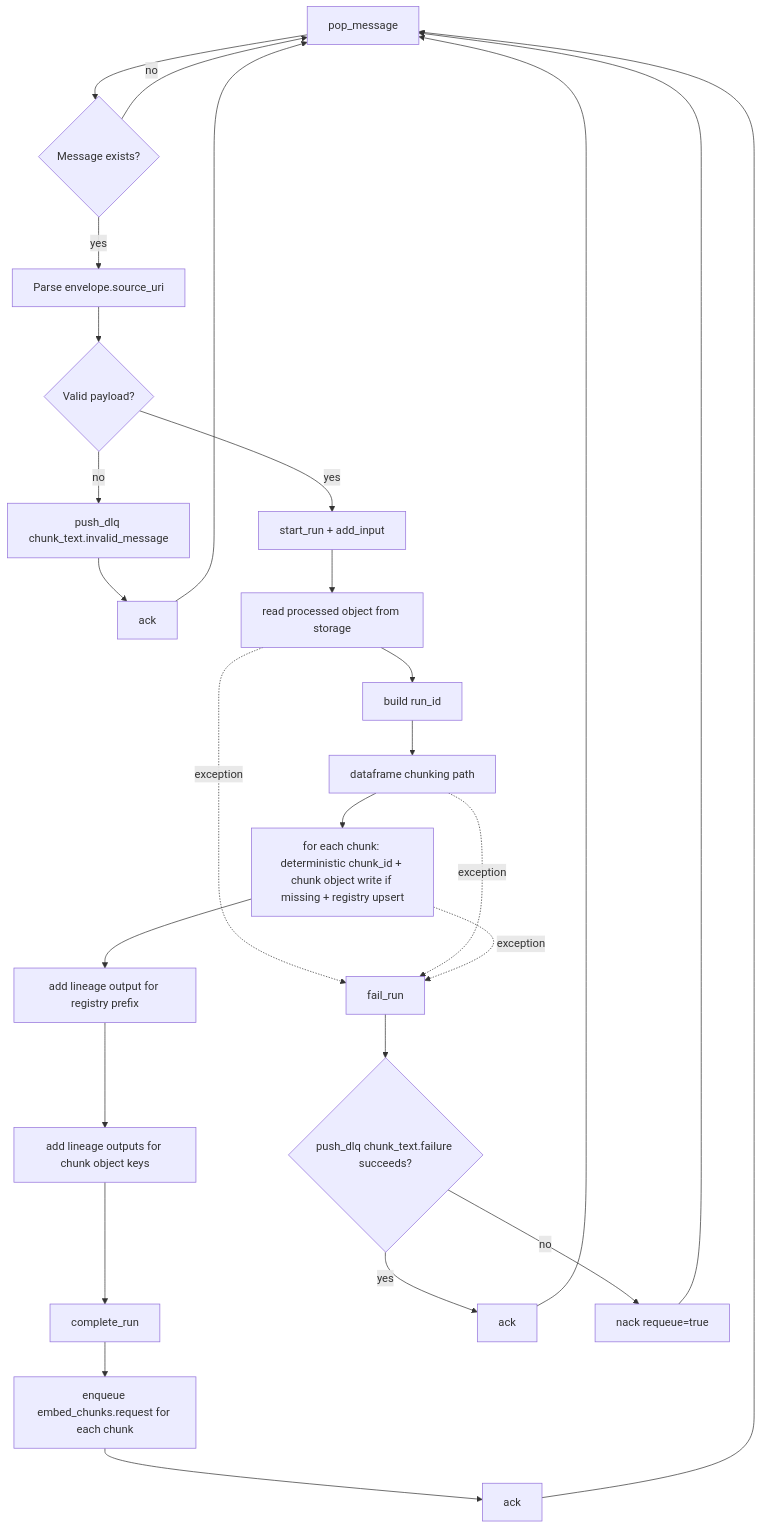
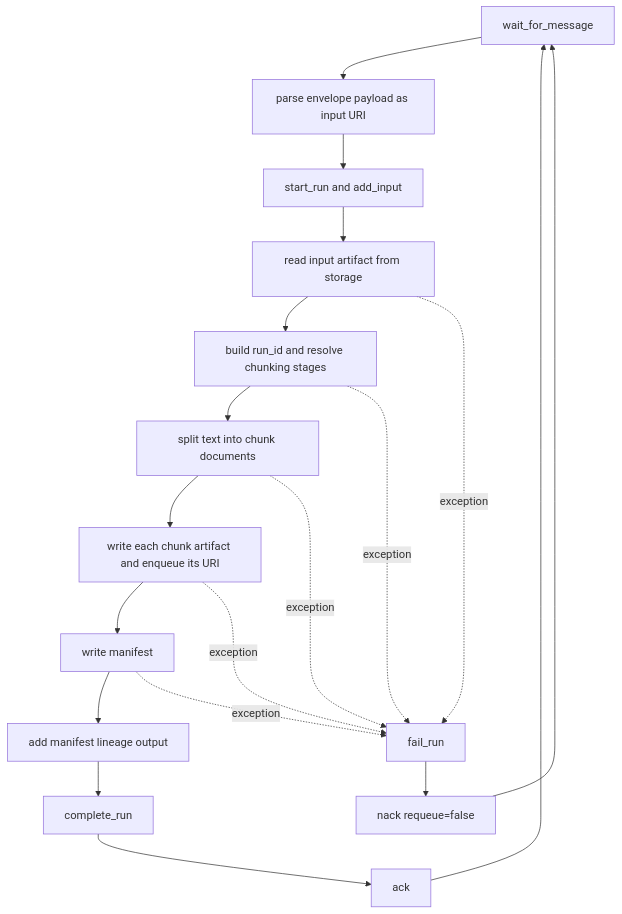
Before and after one commit to ElwesHonorato/governed-rag-foundation: the first of 3 diagrams in domains/worker_chunk_text/docs/SIREN_WORKFLOW.md, drawn with Mermaid. The commit also changed other lines of this file and 15 other files, not shown here.

Commit message:
docs(worker_chunk_text): refresh docstrings and runtime docs

````diff
--- a/domains/worker_chunk_text/docs/SIREN_WORKFLOW.md
+++ b/domains/worker_chunk_text/docs/SIREN_WORKFLOW.md
@@ -9,34 +9,22 @@
 ```mermaid
 flowchart TD
-    A[pop_message] --> B{Message exists?}
-    B -- no --> A
-    B -- yes --> C[Parse envelope.source_uri]
+    A[wait_for_message] --> B[parse envelope payload as input URI]
+    B --> C[start_run and add_input]
+    C --> D[read input artifact from storage]
+    D --> E[build run_id and resolve chunking stages]
+    E --> F[split text into chunk documents]
+    F --> G[write each chunk artifact and enqueue its URI]
+    G --> H[write manifest]
+    H --> I[add manifest lineage output]
+    I --> J[complete_run]
+    J --> K[ack]
+    K --> A
 
-    C --> D{Valid payload?}
-    D -- no --> D1[push_dlq chunk_text.invalid_message]
-    D1 --> D2[ack]
-    D2 --> A
-
-    D -- yes --> F[start_run + add_input]
-
-    F --> G[read processed object from storage]
-    G --> H[build run_id]
-    H --> K[dataframe chunking path]
-    K --> L[for each chunk: deterministic chunk_id + chunk object write if missing + registry upsert]
-
-    L --> M[add lineage output for registry prefix]
-    M --> N[add lineage outputs for chunk object keys]
-    N --> O[complete_run]
-    O --> P[enqueue embed_chunks.request for each chunk]
-    P --> Q[ack]
-    Q --> A
-
-    G -. exception .-> X[fail_run]
-    K -. exception .-> X
-    L -. exception .-> X
-    X --> Y{push_dlq chunk_text.failure succeeds?}
-    Y -- yes --> Z[ack]
-    Y -- no --> Z2[nack requeue=true]
-    Z --> A
-    Z2 --> A
+    D -. exception .-> X[fail_run]
+    E -. exception .-> X
+    F -. exception .-> X
+    G -. exception .-> X
+    H -. exception .-> X
+    X --> Y[nack requeue=false]
+    Y --> A
 ```
````
